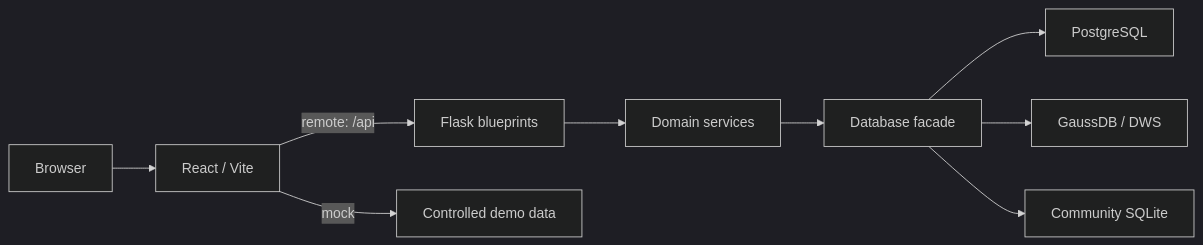
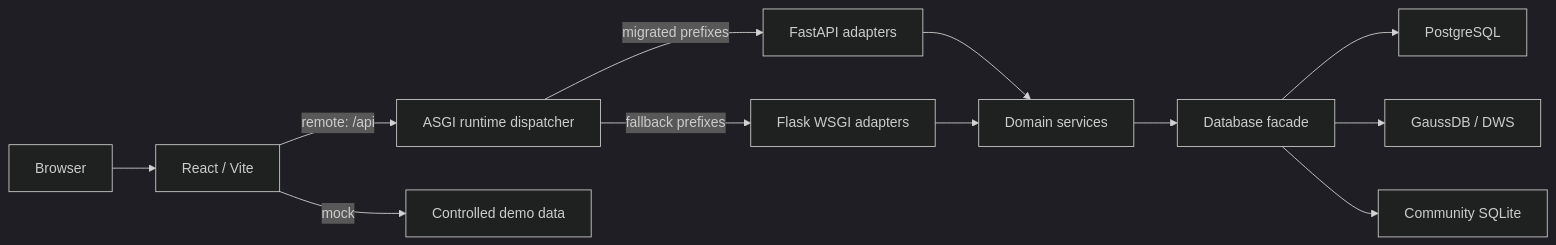
The diagram in docs/architecture.md (0verme/data-asset-portal-community), drawn with Mermaid (dark theme) before and after one commit. The commit also changed other lines of this file and 5 other files, not shown here.

First line of the commit message:
✨ feat(runtime): make FastAPI primary with Flask fallback

````diff
--- a/docs/architecture.md
+++ b/docs/architecture.md
@@ -7,11 +7,14 @@
 ```mermaid
 flowchart LR
   U["Browser"] --> F["React / Vite"]
-  F -->|"remote: /api"| B["Flask blueprints"]
+  F -->|"remote: /api"| R["ASGI runtime dispatcher"]
+  R -->|"migrated prefixes"| B["FastAPI adapters"]
+  R -->|"fallback prefixes"| W["Flask WSGI adapters"]
   B --> S["Domain services"]
+  W --> S
   S --> A["Database facade"]
   A --> P["PostgreSQL"]
   A --> G["GaussDB / DWS"]
   A --> Q["Community SQLite"]
   F -->|"mock"| M["Controlled demo data"]
 ```
````
